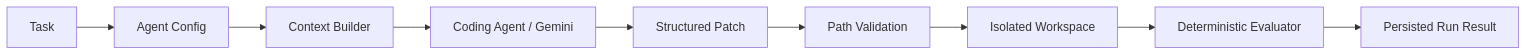
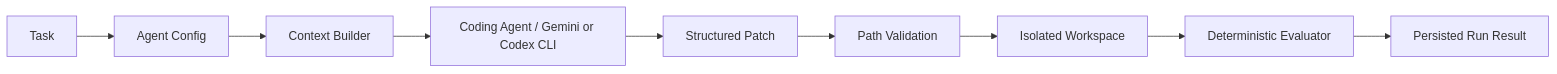
Before and after one commit to rafafaruque/shadowline: the second of 2 diagrams in docs/architecture.md, drawn with Mermaid. The commit also changed other lines of this file and 17 other files, not shown here.

Commit message:
complete first real coding agent benchmark run

````diff
--- a/docs/architecture.md
+++ b/docs/architecture.md
@@ -77,11 +77,11 @@
 ```mermaid
 flowchart LR
   Task --> Config[Agent Config]
   Config --> Context[Context Builder]
-  Context --> Agent[Coding Agent / Gemini]
+  Context --> Agent[Coding Agent / Gemini or Codex CLI]
   Agent --> Patch[Structured Patch]
   Patch --> Paths[Path Validation]
   Paths --> Workspace[Isolated Workspace]
   Workspace --> Evaluator[Deterministic Evaluator]
   Evaluator --> Result[Persisted Run Result]
 ```
````
